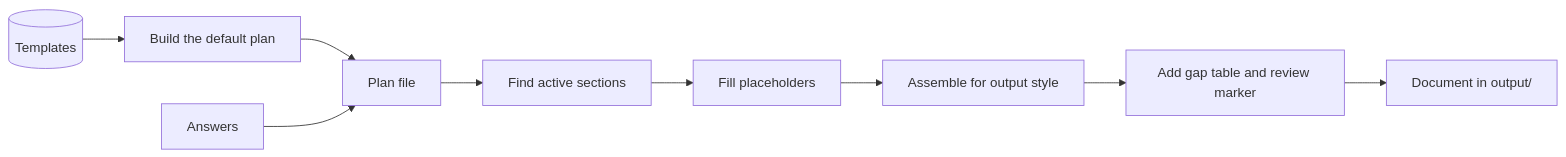
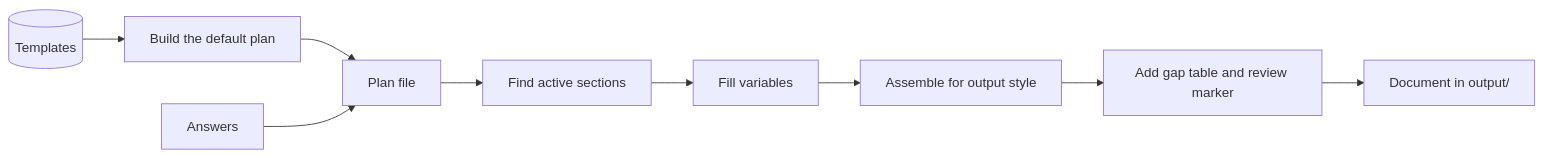
One commit to 8thlight-daveloper/onboard-kit changed the diagram in docs/architecture/data-flow.md. Above: the diagram before and after it, drawn with Mermaid. The commit also changed other lines of this file and 27 other files, not shown here.

````diff
--- a/docs/architecture/data-flow.md
+++ b/docs/architecture/data-flow.md
@@ -7,21 +7,21 @@
 ```mermaid
 flowchart LR
     templates[("Templates")]
     instantiate["Build the default plan"]
     plan["Plan file"]
     answers["Answers"]
     active["Find active sections"]
-    fill["Fill placeholders"]
+    fill["Fill variables"]
     assemble["Assemble for output style"]
     mark["Add gap table and review marker"]
     out["Document in output/"]
 
     templates --> instantiate
     instantiate --> plan
     answers --> plan
     plan --> active
     active --> fill
     fill --> assemble
     assemble --> mark
     mark --> out
 ```
````
